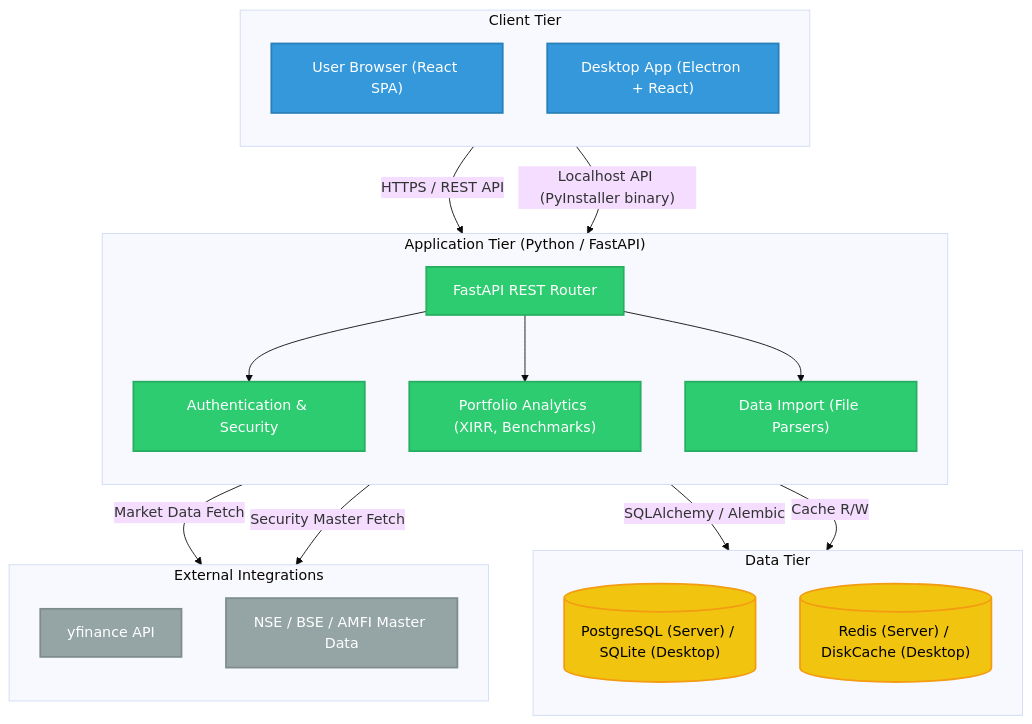
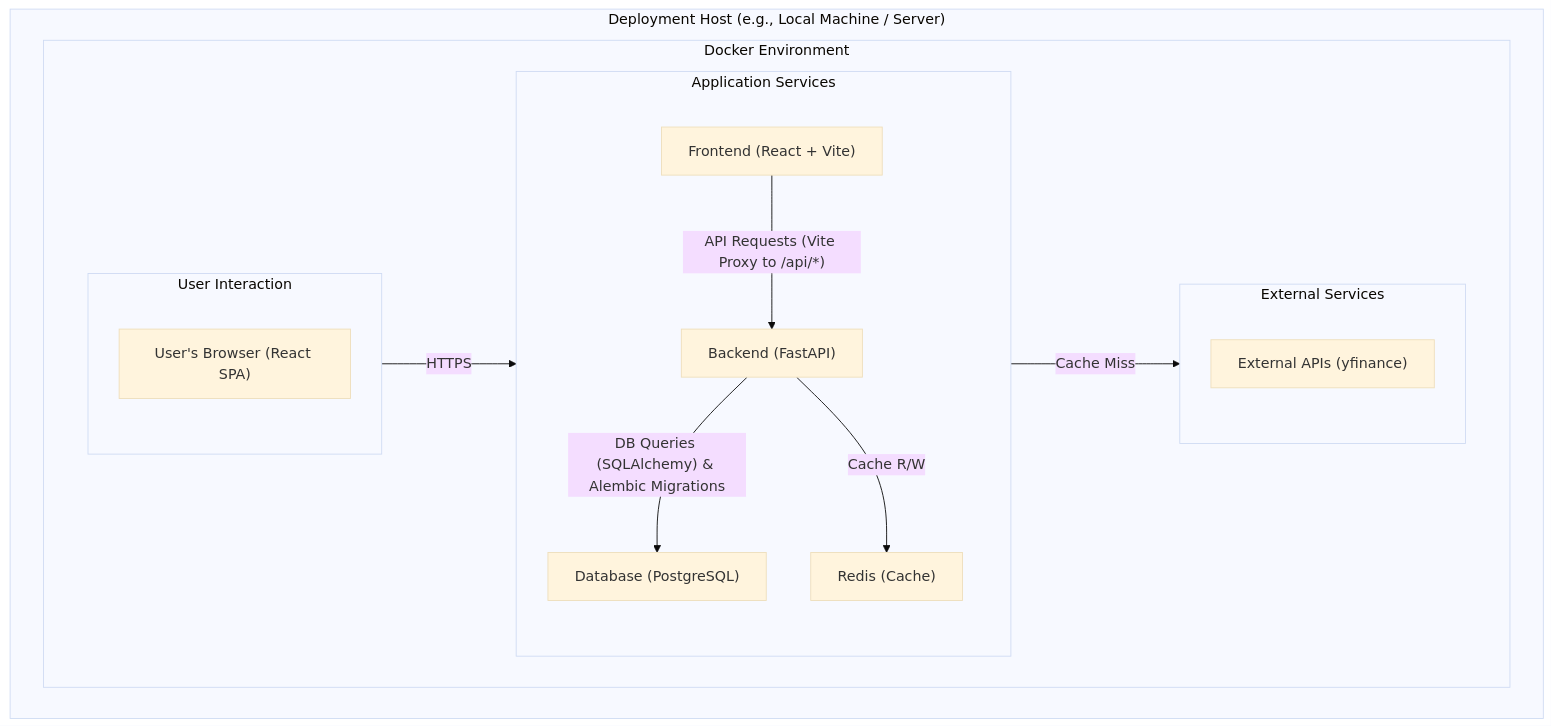
Before and after one commit to aashishbhanawat/ArthSaarthi: the diagram in docs/architecture.md, drawn with Mermaid (base theme). The commit also changed other lines of this file and 324 other files, not shown here.

````diff
--- a/docs/architecture.md
+++ b/docs/architecture.md
@@ -5,47 +9,28 @@
 ```mermaid
 graph TD
-    classDef frontend fill:#3498db,stroke:#2980b9,stroke-width:2px,color:#fff;
-    classDef backend fill:#2ecc71,stroke:#27ae60,stroke-width:2px,color:#fff;
-    classDef database fill:#f1c40f,stroke:#f39c12,stroke-width:2px,color:#000;
-    classDef external fill:#95a5a6,stroke:#7f8c8d,stroke-width:2px,color:#fff;
-
-    subgraph "Client Tier"
-        direction TB
-        Browser["User Browser (React SPA)"]:::frontend
-        Desktop["Desktop App (Electron + React)"]:::frontend
+    subgraph "Deployment Host (e.g., Local Machine / Server)"
+        subgraph "Docker Environment"
+            direction LR
+            subgraph "User Interaction"
+                direction TB
+                User_Browser["User's Browser (React SPA)"]
+            end
+            subgraph "Application Services"
+                direction TB
+                Frontend["Frontend (React + Vite)"]
+                Backend["Backend (FastAPI)"]
+                Database["Database (PostgreSQL)"]
+                Redis["Redis (Cache)"]
+            end
+            subgraph "External Services"
+                direction TB
+                yfinance["External APIs (yfinance)"]
+            end
+            User_Browser -- HTTPS --> Frontend
+            Frontend -- "API Requests (Vite Proxy to /api/*)" --> Backend
+            Backend -- "DB Queries (SQLAlchemy) & Alembic Migrations" --> Database
+            Backend -- "Cache R/W" --> Redis
+            Backend -- "Cache Miss" --> yfinance
+        end
     end
-
-    subgraph "Application Tier (Python / FastAPI)"
-        direction TB
-        API["FastAPI REST Router"]:::backend
-        AuthService["Authentication & Security"]:::backend
-        AnalyticsService["Portfolio Analytics (XIRR, Benchmarks)"]:::backend
-        DataImportService["Data Import (File Parsers)"]:::backend
-
-        API --> AuthService
-        API --> AnalyticsService
-        API --> DataImportService
-    end
-
-    subgraph "Data Tier"
-        direction TB
-        PostgreSQL[("PostgreSQL (Server) / SQLite (Desktop)")]:::database
-        Redis[("Redis (Server) / DiskCache (Desktop)")]:::database
-    end
-
-    subgraph "External Integrations"
-        direction TB
-        YFinance["yfinance API"]:::external
-        ExchangeData["NSE / BSE / AMFI Master Data"]:::external
-    end
-
-    %% Connections
-    Browser -- "HTTPS / REST API" --> API
-    Desktop -- "Localhost API (PyInstaller binary)" --> API
-
-    API -- "SQLAlchemy / Alembic" --> PostgreSQL
-    API -- "Cache R/W" --> Redis
-    
-    AnalyticsService -- "Market Data Fetch" --> YFinance
-    DataImportService -- "Security Master Fetch" --> ExchangeData
 ```
````
